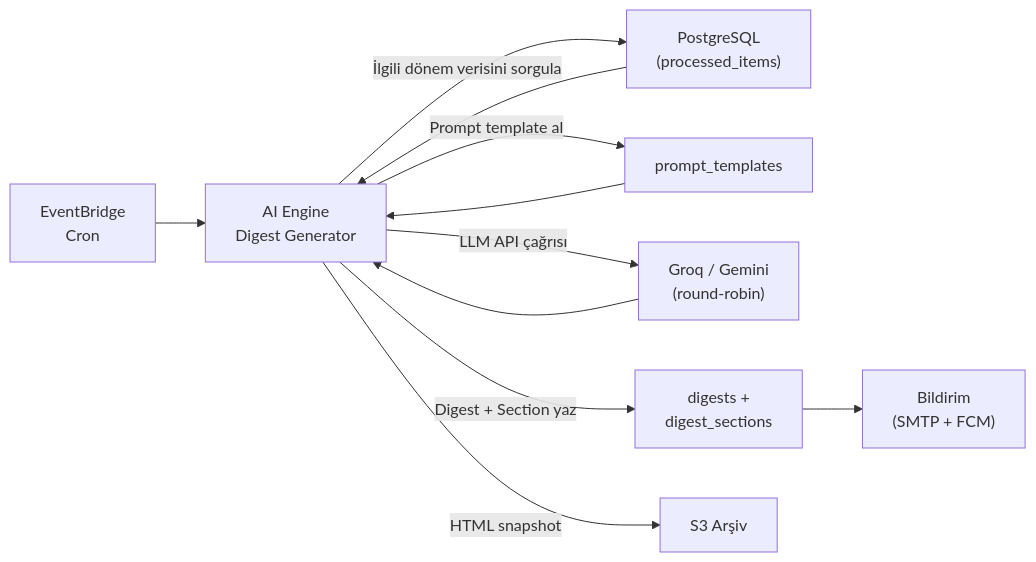
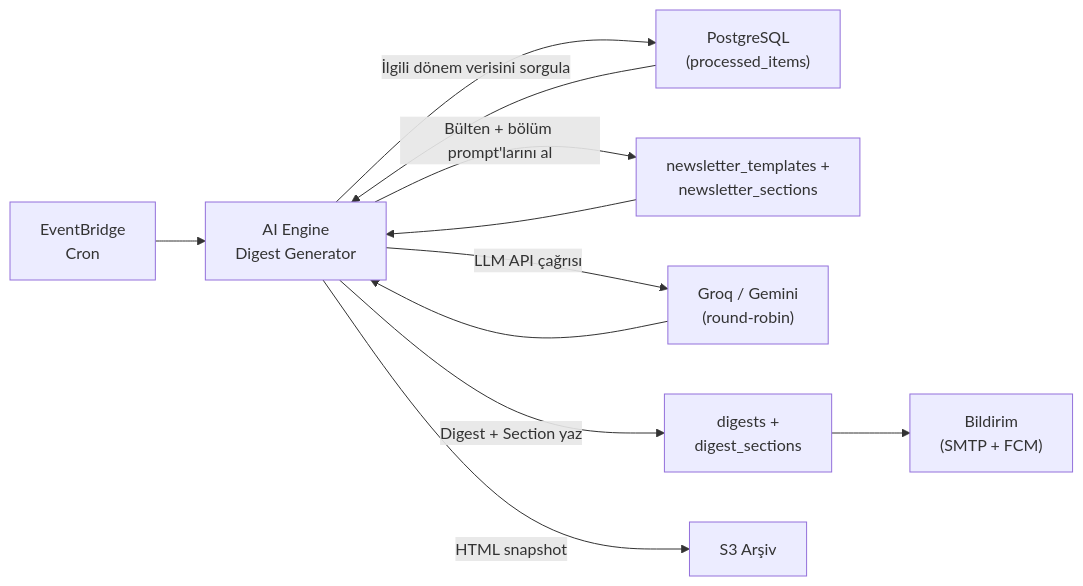
The eighth of 9 diagrams in Docs/01_DOMAIN_MODEL.md (semihdilekci/executivemonitoring), drawn with Mermaid before and after one commit. The commit also changed other lines of this file and 66 other files, not shown here.

````diff
--- a/Docs/01_DOMAIN_MODEL.md
+++ b/Docs/01_DOMAIN_MODEL.md
@@ -758,13 +801,13 @@
 ```mermaid
 flowchart LR
     CRON["EventBridge\nCron"] --> ENGINE["AI Engine\nDigest Generator"]
     ENGINE --> |"İlgili dönem verisini sorgula"| DB["PostgreSQL\n(processed_items)"]
     DB --> ENGINE
-    ENGINE --> |"Prompt template al"| PT["prompt_templates"]
+    ENGINE --> |"Bülten + bölüm prompt'larını al"| PT["newsletter_templates +\nnewsletter_sections"]
     PT --> ENGINE
     ENGINE --> |"LLM API çağrısı"| LLM["Groq / Gemini\n(round-robin)"]
     LLM --> ENGINE
     ENGINE --> |"Digest + Section yaz"| DIG["digests +\ndigest_sections"]
     ENGINE --> |"HTML snapshot"| S3["S3 Arşiv"]
     DIG --> NOTIFY["Bildirim\n(SMTP + FCM)"]
 ```
````
